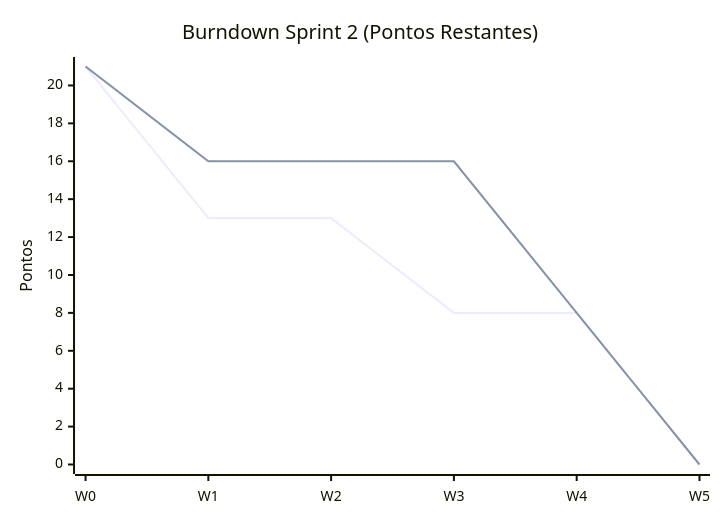
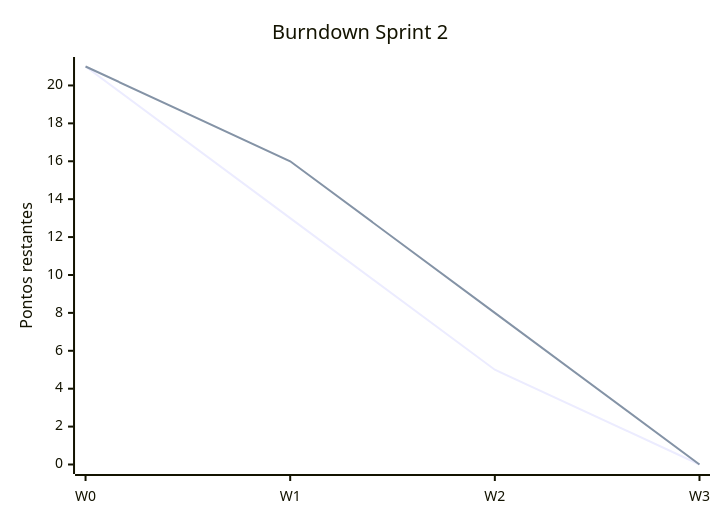
One commit to candago-6/documentacao changed the second of 3 diagrams in README.md. Above: the diagram before and after it, drawn with Mermaid. The commit also changed other lines of this file and 1 other file, not shown here.

````diff
--- a/README.md
+++ b/README.md
@@ -131,8 +223,8 @@
 ```mermaid
 xychart-beta
-	title "Burndown Sprint 2 (Pontos Restantes)"
-	x-axis [W0, W1, W2, W3, W4, W5]
-	y-axis "Pontos" 0 --> 21
-	line "planejado" [21, 13, 13, 8, 8, 0]
-	line "real" [21, 16, 16, 16, 8, 0]
+	title "Burndown Sprint 2"
+	x-axis [W0, W1, W2, W3]
+	y-axis "Pontos restantes" 0 --> 21
+	line "planejado" [21, 13, 5, 0]
+	line "real" [21, 16, 8, 0]
 ```
````
